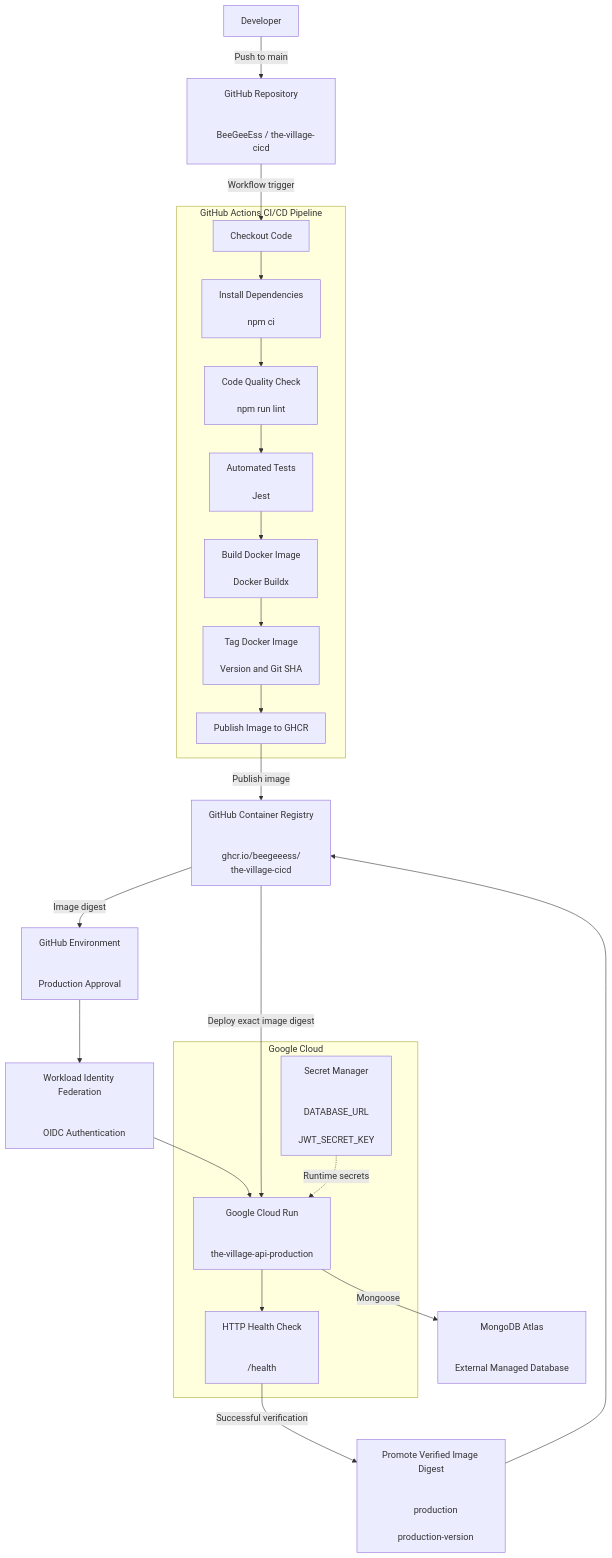
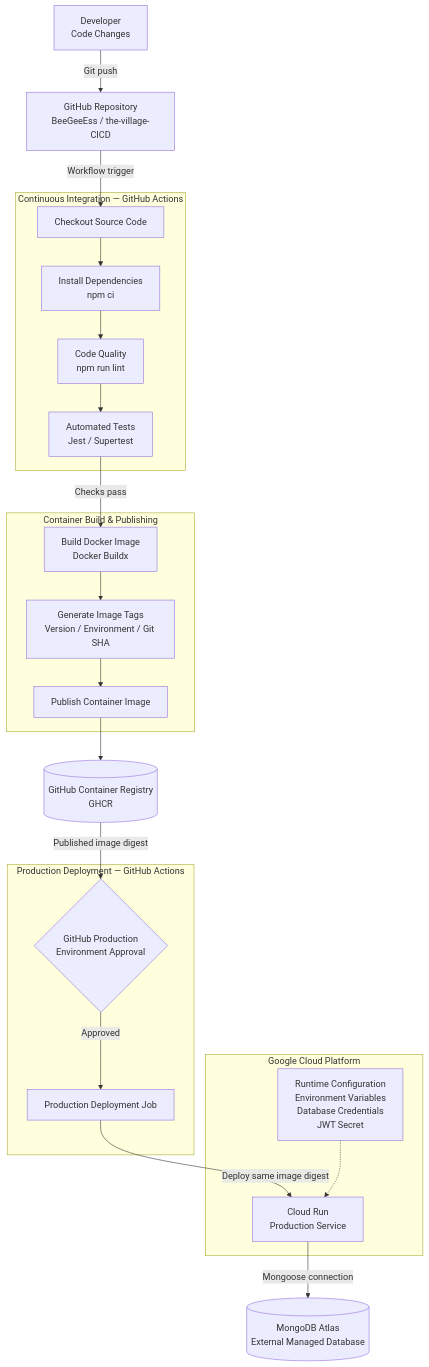
The third of 3 diagrams in README.md (BeeGeeEss/the-village-CICD), drawn with Mermaid before and after one commit. The commit also changed other lines of this file and 1 other file, not shown here.

Commit message:
DOCS: Update app architecture and diagrams

````diff
--- a/README.md
+++ b/README.md
@@ -203,70 +176,51 @@
 ```mermaid
 flowchart TB
 
-    DEV["Developer"]
+    DEV["Developer<br/>Code Changes"]
+    REPO["GitHub Repository<br/>BeeGeeEss / the-village-CICD"]
 
-    REPO["GitHub Repository<br/><br/>
-    BeeGeeEss / the-village-cicd"]
-
-    subgraph ACTIONS["GitHub Actions CI/CD Pipeline"]
-
-        CHECKOUT["Checkout Code"]
-        INSTALL["Install Dependencies<br/><br/>npm ci"]
-        LINT["Code Quality Check<br/><br/>npm run lint"]
-        TEST["Automated Tests<br/><br/>Jest"]
-        BUILD["Build Docker Image<br/><br/>Docker Buildx"]
-        TAG["Tag Docker Image<br/><br/>Version and Git SHA"]
-        PUSH["Publish Image to GHCR"]
+    subgraph CI["Continuous Integration — GitHub Actions"]
+        CHECKOUT["Checkout Source Code"]
+        INSTALL["Install Dependencies<br/>npm ci"]
+        LINT["Code Quality<br/>npm run lint"]
+        TEST["Automated Tests<br/>Jest / Supertest"]
 
         CHECKOUT --> INSTALL
         INSTALL --> LINT
         LINT --> TEST
-        TEST --> BUILD
-        BUILD --> TAG
-        TAG --> PUSH
-
     end
 
-    GHCR["GitHub Container Registry<br/><br/>
-    ghcr.io/beegeeess/<br/>the-village-cicd"]
+    subgraph BUILD["Container Build & Publishing"]
+        DOCKER["Build Docker Image<br/>Docker Buildx"]
+        TAG["Generate Image Tags<br/>Version / Environment / Git SHA"]
+        PUSH["Publish Container Image"]
 
-    APPROVAL["GitHub Environment<br/><br/>
-    Production Approval"]
-
-    OIDC["Workload Identity Federation<br/><br/>
-    OIDC Authentication"]
-
-    subgraph GCP["Google Cloud"]
-
-        CLOUDRUN["Google Cloud Run<br/><br/>
-        the-village-api-production"]
-
-        SECRET["Secret Manager<br/><br/>
-        DATABASE_URL<br/>
-        JWT_SECRET_KEY"]
-
-        HEALTH["HTTP Health Check<br/><br/>
-        /health"]
-
+        DOCKER --> TAG
+        TAG --> PUSH
     end
 
-    DB["MongoDB Atlas<br/><br/>
-    External Managed Database"]
+    GHCR[("GitHub Container Registry<br/>GHCR")]
 
-    PROMOTE["Promote Verified Image Digest<br/><br/>
-    production<br/>
-    production-version"]
+    subgraph DEPLOY["Production Deployment — GitHub Actions"]
+        APPROVAL{"GitHub Production<br/>Environment Approval"}
+        PROD["Production Deployment Job"]
 
-    DEV -->|"Push to main"| REPO
+        APPROVAL -->|"Approved"| PROD
+    end
+
+    subgraph CLOUD["Google Cloud Platform"]
+        RUN["Cloud Run<br/>Production Service"]
+        CONFIG["Runtime Configuration<br/>Environment Variables<br/>Database Credentials<br/>JWT Secret"]
+    end
+
+    DB[("MongoDB Atlas<br/>External Managed Database")]
+
+    DEV -->|"Git push"| REPO
     REPO -->|"Workflow trigger"| CHECKOUT
-    PUSH -->|"Publish image"| GHCR
-    GHCR -->|"Image digest"| APPROVAL
-    APPROVAL --> OIDC
-    OIDC --> CLOUDRUN
-    GHCR -->|"Deploy exact image digest"| CLOUDRUN
-    SECRET -.->|"Runtime secrets"| CLOUDRUN
-    CLOUDRUN -->|"Mongoose"| DB
-    CLOUDRUN --> HEALTH
-    HEALTH -->|"Successful verification"| PROMOTE
-    PROMOTE --> GHCR
+    TEST -->|"Checks pass"| DOCKER
+    PUSH --> GHCR
+    GHCR -->|"Published image digest"| APPROVAL
+    PROD -->|"Deploy same image digest"| RUN
+    CONFIG -.-> RUN
+    RUN -->|"Mongoose connection"| DB
 ```
````
